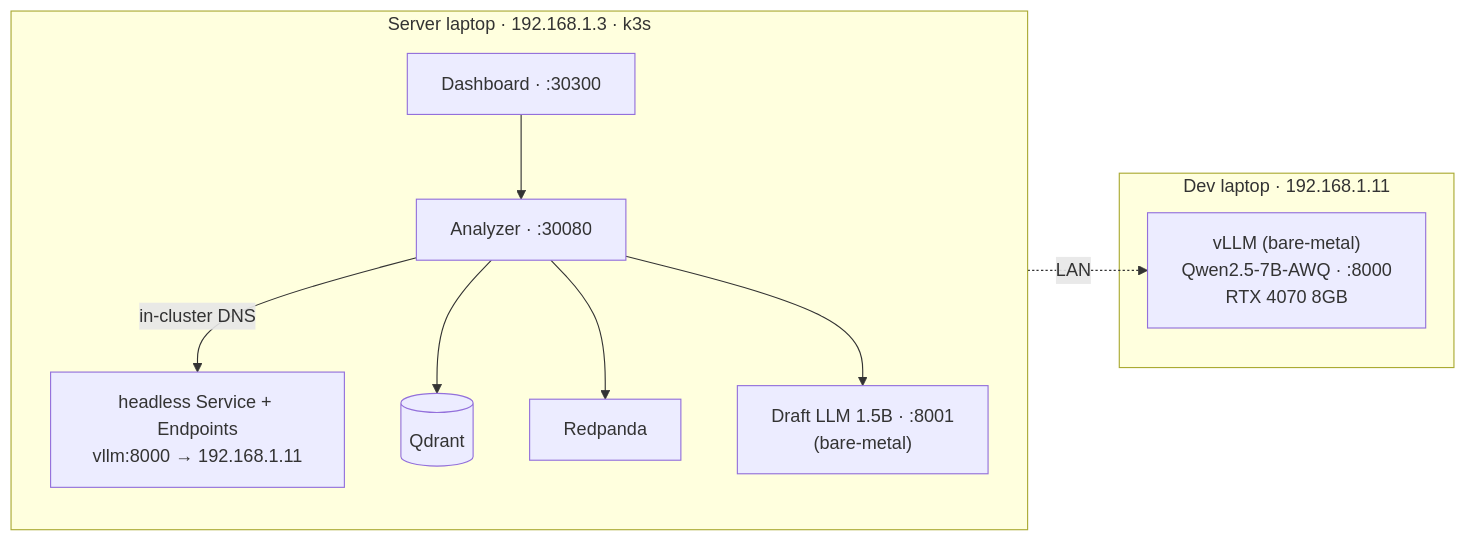
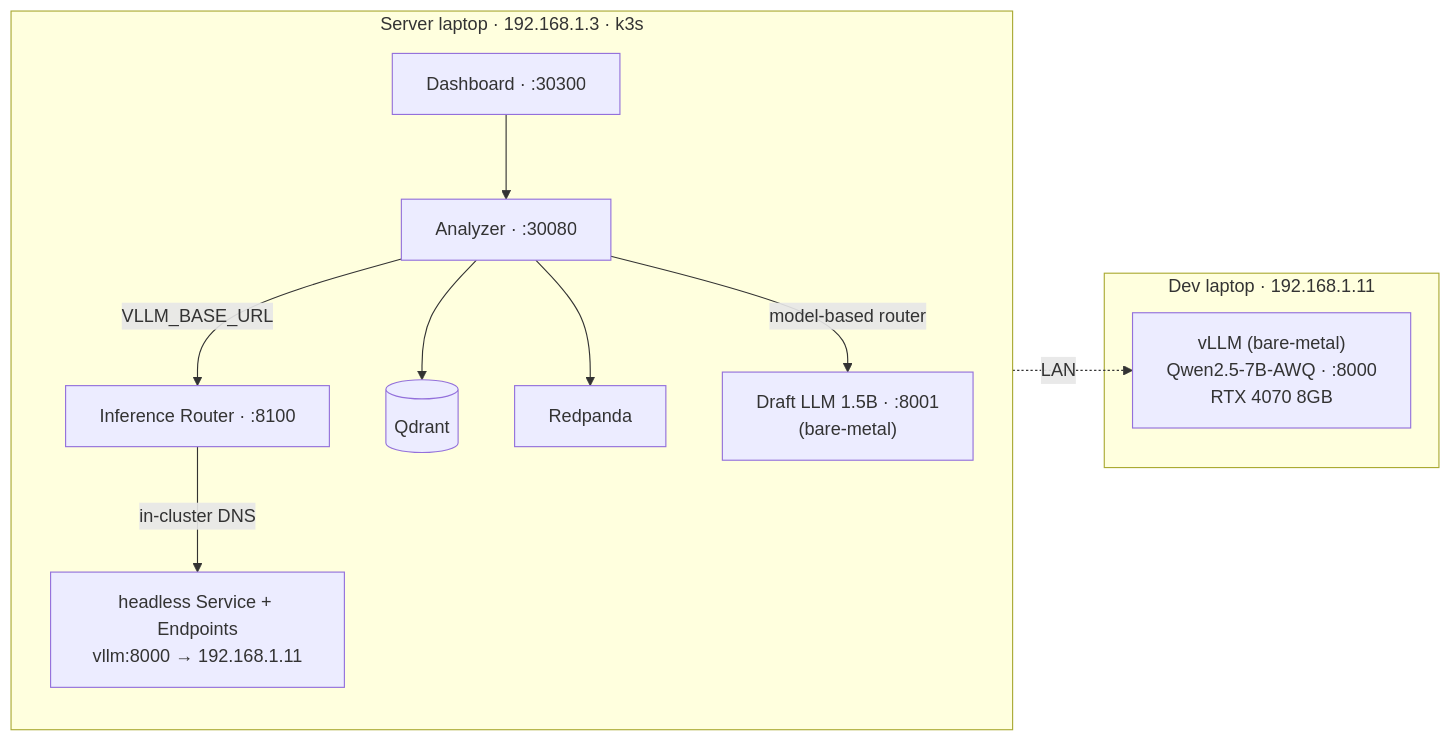
Before and after one commit to SMAXXY26/VOC-sentiment-analyzer: the third of 4 diagrams in README.md, drawn with Mermaid. The commit also changed other lines of this file, not shown here.

First line of the commit message:
README: router-based architecture + Failure Recovery Matrix

````diff
--- a/README.md
+++ b/README.md
@@ -75,21 +81,23 @@
 ```mermaid
 flowchart LR
     subgraph DEV["Dev laptop · 192.168.1.11"]
         VLLM["vLLM (bare-metal)<br/>Qwen2.5-7B-AWQ · :8000<br/>RTX 4070 8GB"]
     end
     subgraph SRV["Server laptop · 192.168.1.3 · k3s"]
         direction TB
+        ROUTERK["Inference Router · :8100"]
         SVC["headless Service + Endpoints<br/>vllm:8000 → 192.168.1.11"]
         ANALY["Analyzer · :30080"]
         DASHK["Dashboard · :30300"]
         QDK[("Qdrant")]
         RPK["Redpanda"]
         DRAFT["Draft LLM 1.5B · :8001<br/>(bare-metal)"]
     end
-    ANALY -->|"in-cluster DNS"| SVC
+    ANALY -->|"VLLM_BASE_URL"| ROUTERK
+    ROUTERK -->|"in-cluster DNS"| SVC
     SVC -.->|"LAN"| VLLM
     ANALY --> QDK
     ANALY --> RPK
-    ANALY --> DRAFT
+    ANALY -->|"model-based router"| DRAFT
     DASHK --> ANALY
 ```
````
